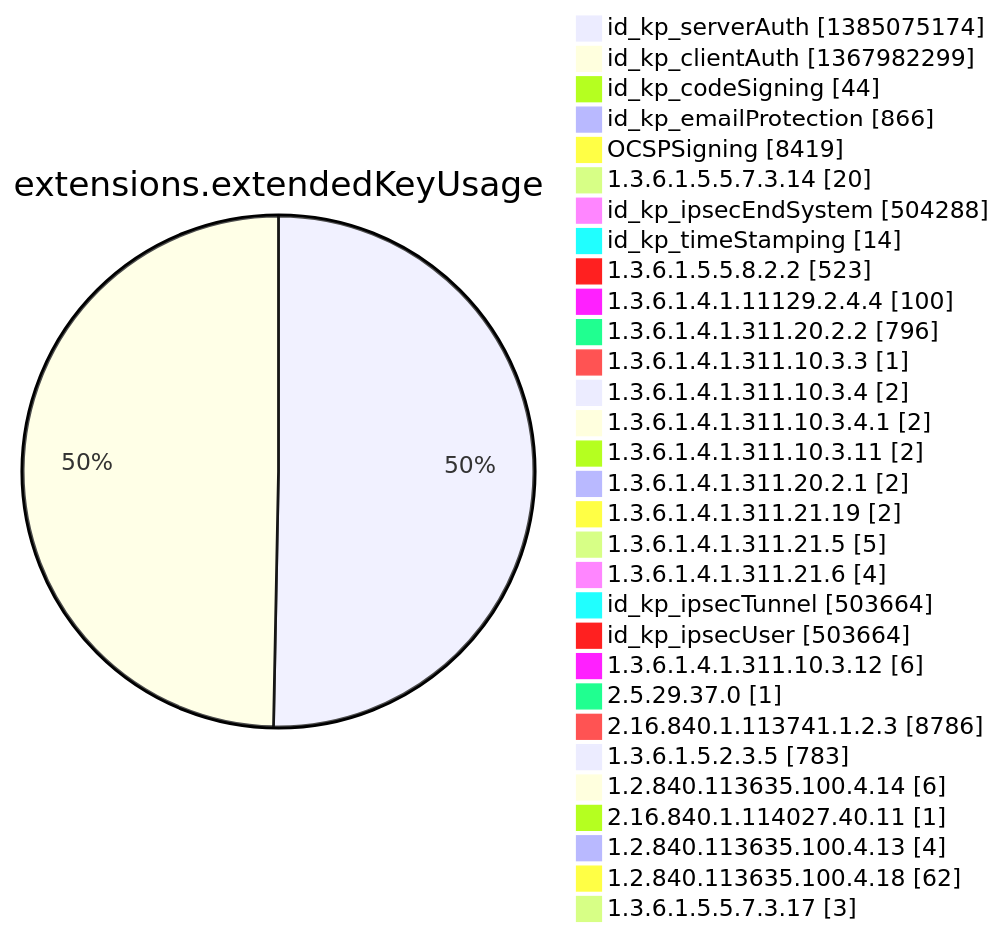
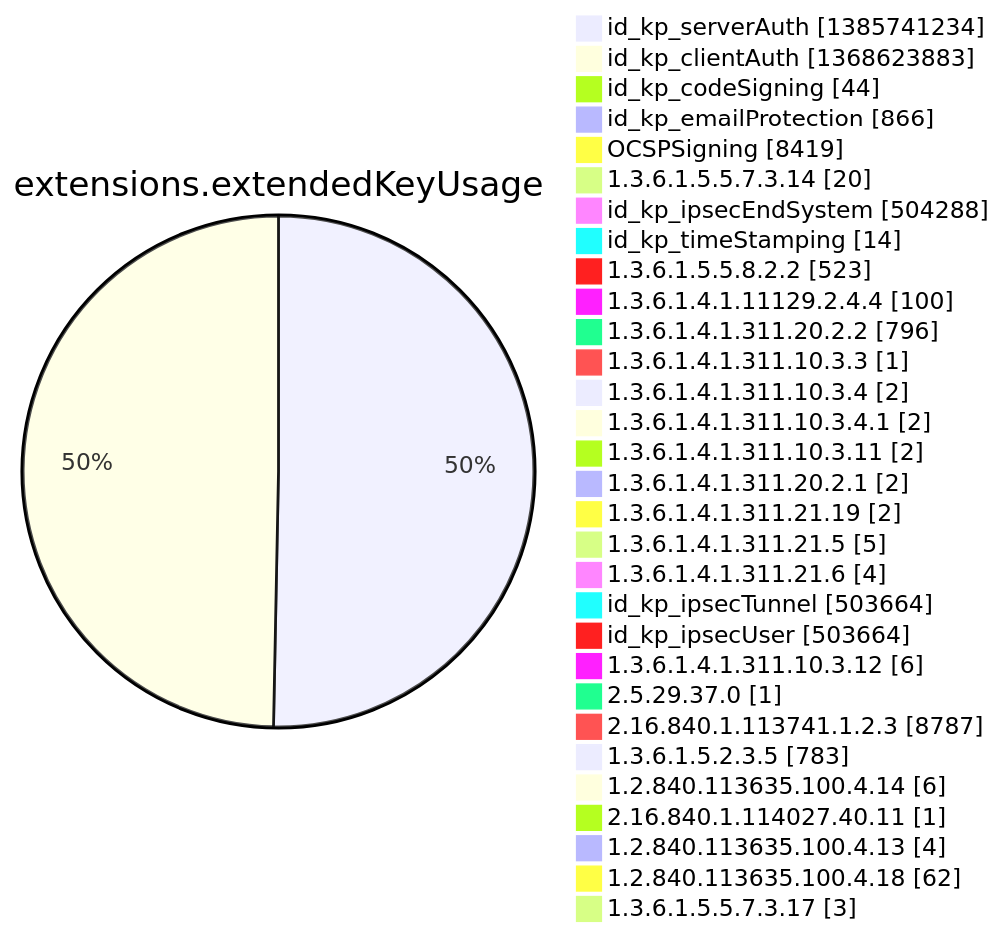
Diagram 12 of 15 in argon2022/README.md (christiankrug/ctmonitor_visualization), drawn with Mermaid before and after one commit. The commit also changed other lines of this file, not shown here.

````diff
--- a/argon2022/README.md
+++ b/argon2022/README.md
@@ -3554,34 +3554,34 @@
 ```mermaid
 pie showData
 title extensions.extendedKeyUsage
-"id_kp_serverAuth" :1385075174
-"id_kp_clientAuth" :1367982299
+"id_kp_serverAuth" :1385741234
+"id_kp_clientAuth" :1368623883
 "id_kp_codeSigning" :44
 "id_kp_emailProtection" :866
 "OCSPSigning" :8419
 "1.3.6.1.5.5.7.3.14" :20
 "id_kp_ipsecEndSystem" :504288
 "id_kp_timeStamping" :14
 "1.3.6.1.5.5.8.2.2" :523
 "1.3.6.1.4.1.11129.2.4.4" :100
 "1.3.6.1.4.1.311.20.2.2" :796
 "1.3.6.1.4.1.311.10.3.3" :1
 "1.3.6.1.4.1.311.10.3.4" :2
 "1.3.6.1.4.1.311.10.3.4.1" :2
 "1.3.6.1.4.1.311.10.3.11" :2
 "1.3.6.1.4.1.311.20.2.1" :2
 "1.3.6.1.4.1.311.21.19" :2
 "1.3.6.1.4.1.311.21.5" :5
 "1.3.6.1.4.1.311.21.6" :4
 "id_kp_ipsecTunnel" :503664
 "id_kp_ipsecUser" :503664
 "1.3.6.1.4.1.311.10.3.12" :6
 "2.5.29.37.0" :1
-"2.16.840.1.113741.1.2.3" :8786
+"2.16.840.1.113741.1.2.3" :8787
 "1.3.6.1.5.2.3.5" :783
 "1.2.840.113635.100.4.14" :6
 "2.16.840.1.114027.40.11" :1
 "1.2.840.113635.100.4.13" :4
 "1.2.840.113635.100.4.18" :62
 "1.3.6.1.5.5.7.3.17" :3
 ```
````
